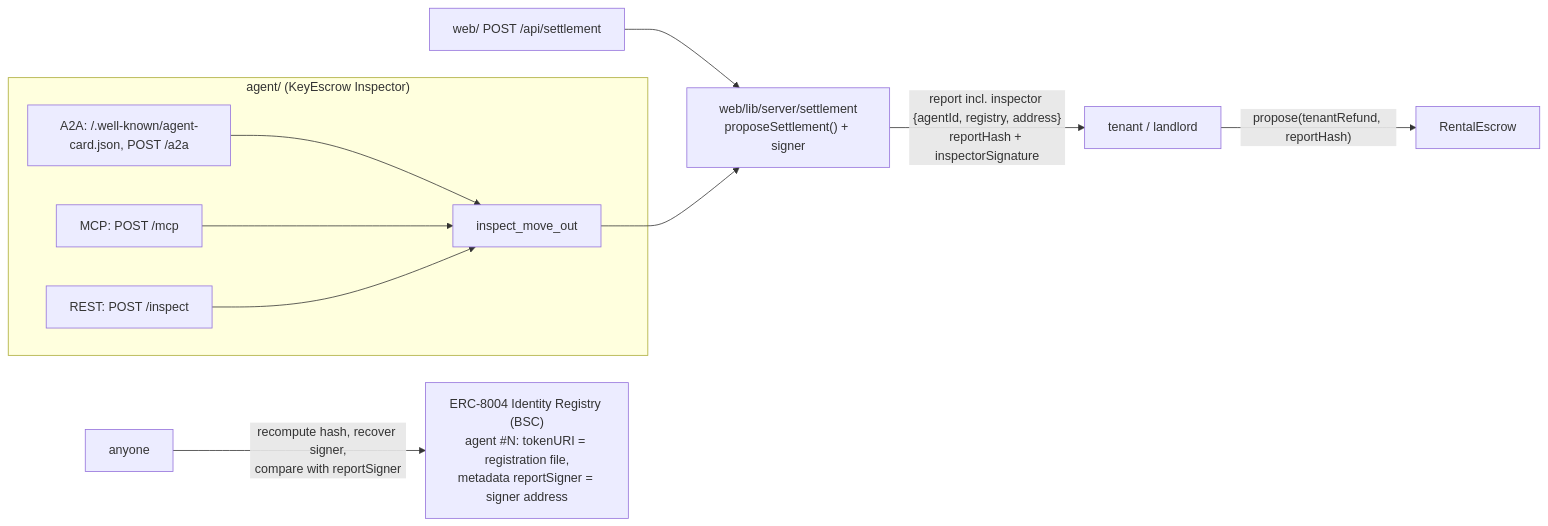
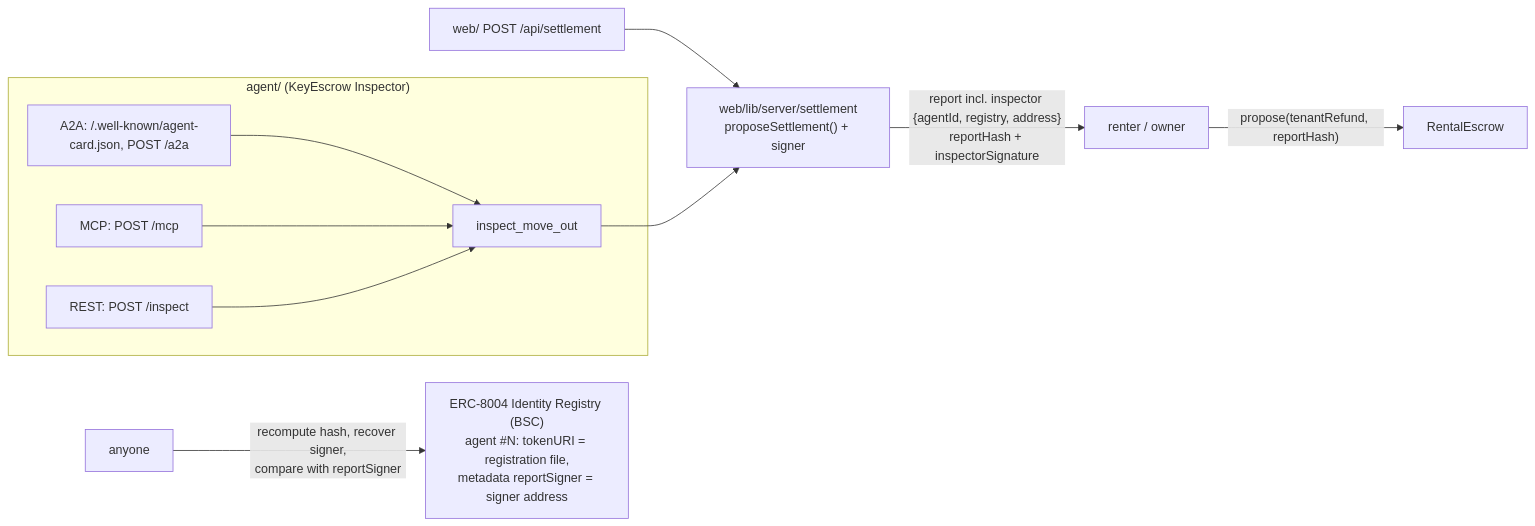
Before and after one commit to midego1/bnb-hackathon: the diagram in docs/AGENT.md, drawn with Mermaid. The commit also changed other lines of this file and 99 other files, not shown here.

First line of the commit message:
Scooter rental lingo: owner/renter/rental/pickup/return across UI, demo, seed, agent and docs

````diff
--- a/docs/AGENT.md
+++ b/docs/AGENT.md
@@ -32,15 +32,15 @@
 ```mermaid
 flowchart LR
   subgraph agent["agent/ (KeyEscrow Inspector)"]
     A2A["A2A: /.well-known/agent-card.json, POST /a2a"] --> S
     MCP["MCP: POST /mcp"] --> S
     REST["REST: POST /inspect"] --> S
     S["inspect_move_out"]
   end
   WEB["web/ POST /api/settlement"] --> CORE
   S --> CORE["web/lib/server/settlement<br/>proposeSettlement() + signer"]
-  CORE -->|"report incl. inspector {agentId, registry, address}<br/>reportHash + inspectorSignature"| P["tenant / landlord"]
+  CORE -->|"report incl. inspector {agentId, registry, address}<br/>reportHash + inspectorSignature"| P["renter / owner"]
   P -->|"propose(tenantRefund, reportHash)"| E["RentalEscrow"]
   REG["ERC-8004 Identity Registry (BSC)<br/>agent #N: tokenURI = registration file,<br/>metadata reportSigner = signer address"]
   V["anyone"] -->|"recompute hash, recover signer,<br/>compare with reportSigner"| REG
 ```
````
